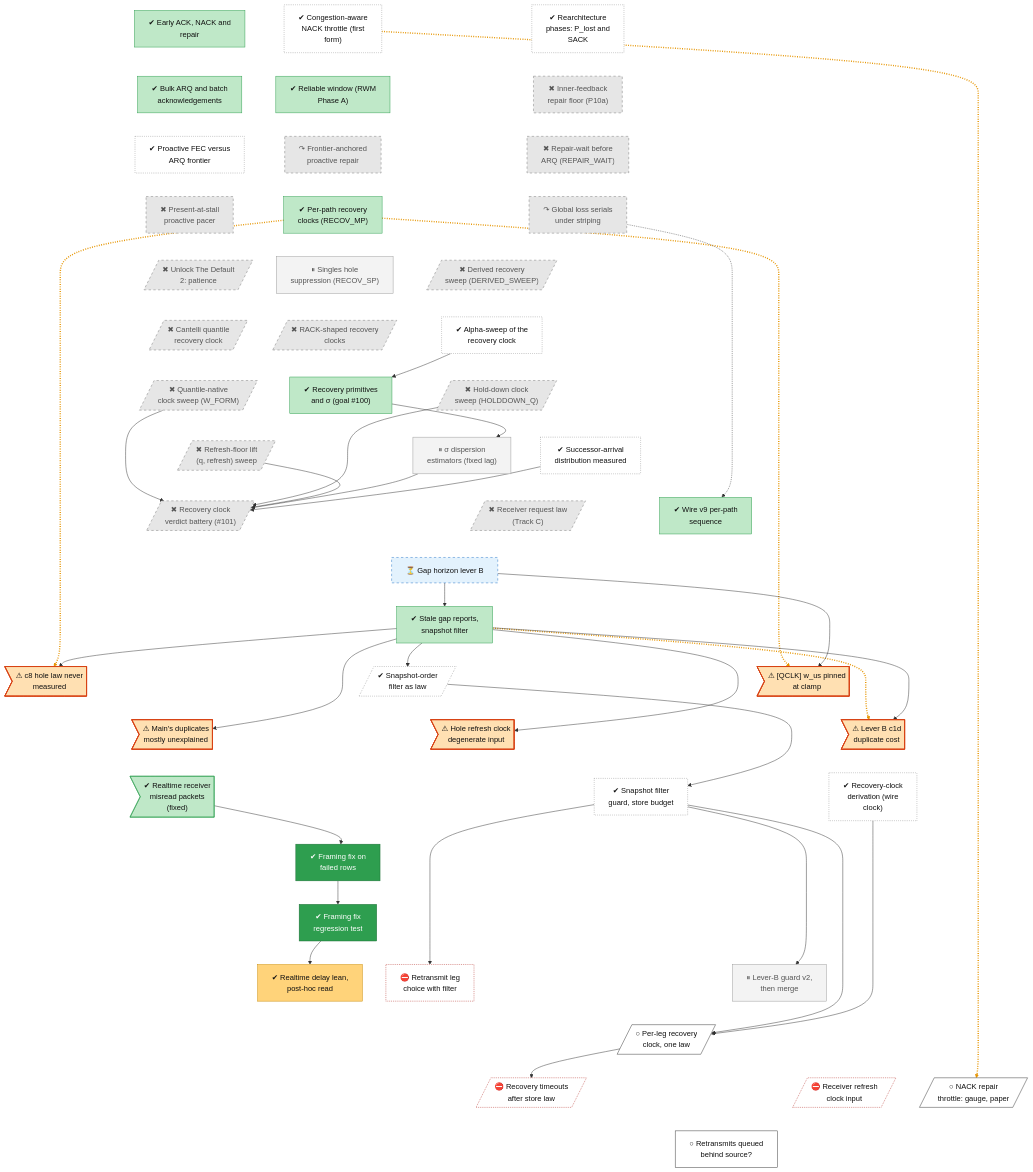
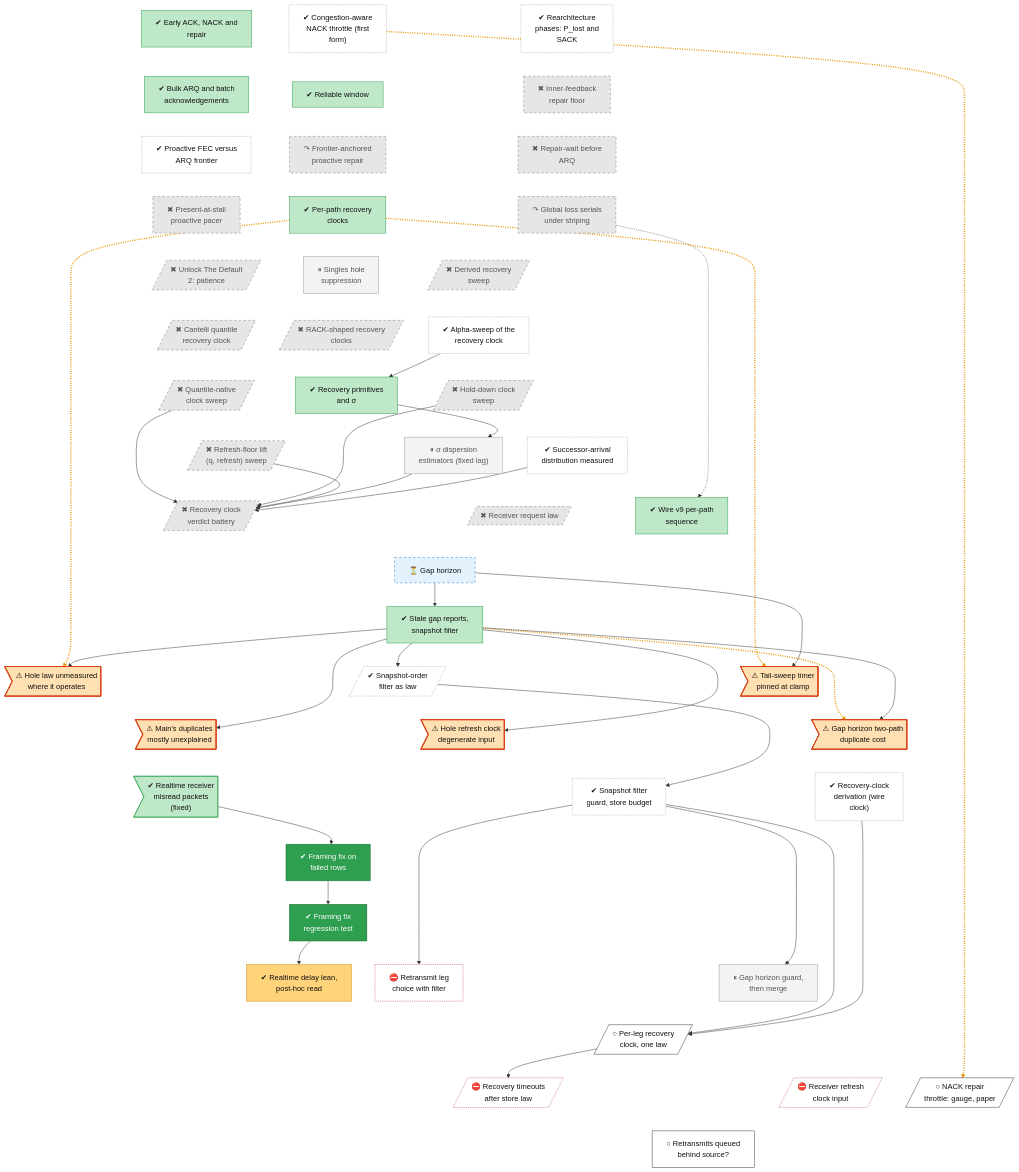
One commit to lhns/raptorpath changed the diagram in docs/roadmap/tracks/rec.md. Above: the diagram before and after it, drawn with Mermaid. The commit also changed other lines of this file and 13 other files, not shown here.

First line of the commit message:
roadmap: titles without internal codes - no ADR numbers, arm and gate names, test-cell names, plan, lever or phase letters; a removed code with no other record is kept in notes

```diff
--- a/docs/roadmap/tracks/rec.md
+++ b/docs/roadmap/tracks/rec.md
@@ -13,36 +13,36 @@
     rec_nack_congestion["✔ Congestion-aware<br/>NACK throttle (first<br/>form)"]
     rec_plost_sack["✔ Rearchitecture<br/>phases: P_lost and<br/>SACK"]
     rec_bulk_arq["✔ Bulk ARQ and batch<br/>acknowledgements"]
-    rec_reliable_window["✔ Reliable window (RWM<br/>Phase A)"]
-    rec_p10a_repair_floor["✖ Inner-feedback<br/>repair floor (P10a)"]
+    rec_reliable_window["✔ Reliable window"]
+    rec_p10a_repair_floor["✖ Inner-feedback<br/>repair floor"]
     rec_fec_vs_arq["✔ Proactive FEC versus<br/>ARQ frontier"]
     rec_inline_repair["↷ Frontier-anchored<br/>proactive repair"]
-    rec_proactive_repair["✖ Repair-wait before<br/>ARQ (REPAIR_WAIT)"]
+    rec_proactive_repair["✖ Repair-wait before<br/>ARQ"]
     rec_present_at_stall["✖ Present-at-stall<br/>proactive pacer"]
-    rec_per_path_clocks["✔ Per-path recovery<br/>clocks (RECOV_MP)"]
+    rec_per_path_clocks["✔ Per-path recovery<br/>clocks"]
     rec_mp_serial["↷ Global loss serials<br/>under striping"]
-    rec_recov_sp["⏸ Singles hole<br/>suppression (RECOV_SP)"]
+    rec_recov_sp["⏸ Singles hole<br/>suppression"]
     rec_patience_derived[/"✖ Unlock The Default<br/>2: patience"/]
-    rec_clock_candidates[/"✖ Derived recovery<br/>sweep (DERIVED_SWEEP)"/]
+    rec_clock_candidates[/"✖ Derived recovery<br/>sweep"/]
     rec_rack_clocks[/"✖ RACK-shaped recovery<br/>clocks"/]
     rec_cantelli_clock[/"✖ Cantelli quantile<br/>recovery clock"/]
     rec_alpha_sweep["✔ Alpha-sweep of the<br/>recovery clock"]
-    rec_goal100["✔ Recovery primitives<br/>and σ (goal #35;100)"]
-    rec_qnative_clock[/"✖ Quantile-native<br/>clock sweep (W_FORM)"/]
-    rec_holddown_clock[/"✖ Hold-down clock<br/>sweep (HOLDDOWN_Q)"/]
+    rec_goal100["✔ Recovery primitives<br/>and σ"]
+    rec_qnative_clock[/"✖ Quantile-native<br/>clock sweep"/]
+    rec_holddown_clock[/"✖ Hold-down clock<br/>sweep"/]
     rec_refresh_floor[/"✖ Refresh-floor lift<br/>(q, refresh) sweep"/]
     rec_dispersion_est["⏸ σ dispersion<br/>estimators (fixed lag)"]
     rec_successor_arrival["✔ Successor-arrival<br/>distribution measured"]
-    rec_goal101[/"✖ Recovery clock<br/>verdict battery (#35;101)"/]
-    rec_receiver_law[/"✖ Receiver request law<br/>(Track C)"/]
+    rec_goal101[/"✖ Recovery clock<br/>verdict battery"/]
+    rec_receiver_law[/"✖ Receiver request law"/]
     rec_wire_v9["✔ Wire v9 per-path<br/>sequence"]
-    rec_gap_horizon["⏳ Gap horizon lever B"]
+    rec_gap_horizon["⏳ Gap horizon"]
     rec_snapver_filter["✔ Stale gap reports,<br/>snapshot filter"]
     rec_snapver_law[/"✔ Snapshot-order<br/>filter as law"/]
-    rec_defect_qclk_clamp>"⚠ #91;QCLK#93; w_us pinned<br/>at clamp"]
-    rec_defect_hole_law>"⚠ c8 hole law never<br/>measured"]
+    rec_defect_qclk_clamp>"⚠ Tail-sweep timer<br/>pinned at clamp"]
+    rec_defect_hole_law>"⚠ Hole law unmeasured<br/>where it operates"]
     rec_defect_refresh_input>"⚠ Hole refresh clock<br/>degenerate input"]
-    rec_leverb_c1d_cost>"⚠ Lever B c1d<br/>duplicate cost"]
+    rec_leverb_c1d_cost>"⚠ Gap horizon two-path<br/>duplicate cost"]
     rec_defect_base_duplicates>"⚠ Main's duplicates<br/>mostly unexplained"]
     rec_s54_session["✔ Snapshot filter<br/>guard, store budget"]
     rec_wire_clock_derivation["✔ Recovery-clock<br/>derivation (wire<br/>clock)"]
@@ -51,7 +51,7 @@
     rec_f2_merge_guard["✔ Framing fix<br/>regression test"]
     rec_s64_delay_lean["✔ Realtime delay lean,<br/>post-hoc read"]
     rec_w0_leg_question["⛔ Retransmit leg<br/>choice with filter"]
-    rec_leverb_guard["⏸ Lever-B guard v2,<br/>then merge"]
+    rec_leverb_guard["⏸ Gap horizon guard,<br/>then merge"]
     rec_fix_perleg_clock_n1[/"○ Per-leg recovery<br/>clock, one law"/]
     rec_recovery_timeouts[/"⛔ Recovery timeouts<br/>after store law"/]
     rec_fix_refresh_clock[/"⛔ Receiver refresh<br/>clock input"/]
```
